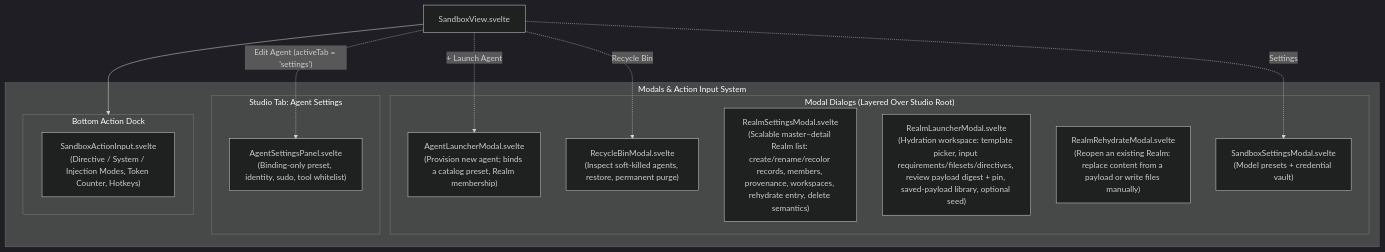
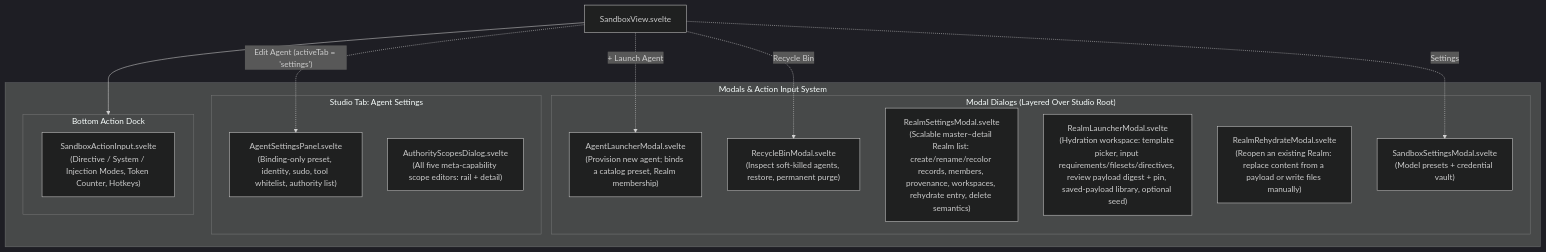
Before and after one commit to crestfallnafterdark/nightcurtain: the first of 4 diagrams in docs/ui/modals_and_dialogs.md, drawn with Mermaid (dark theme). The commit also changed other lines of this file, not shown here.

Commit message:
docs(ui): rewrite the authority editor section for the compact list + Authority scopes dialog

````diff
--- a/docs/ui/modals_and_dialogs.md
+++ b/docs/ui/modals_and_dialogs.md
@@ -15,27 +15,28 @@
 ```mermaid
 flowchart TD
     subgraph ModalsAndInputs ["Modals & Action Input System"]
         subgraph ModalsArea ["Modal Dialogs (Layered Over Studio Root)"]
             Launcher["AgentLauncherModal.svelte\n(Provision new agent; binds a catalog preset, Realm membership)"]
             Recycle["RecycleBinModal.svelte\n(Inspect soft-killed agents, restore, permanent purge)"]
             Realm["RealmSettingsModal.svelte\n(Scalable master–detail Realm list: create/rename/recolor records, members, provenance, workspaces, rehydrate entry, delete semantics)"]
             RealmLaunch["RealmLauncherModal.svelte\n(Hydration workspace: template picker, input requirements/filesets/directives, review payload digest + pin, saved-payload library, optional seed)"]
             RealmRehydrate["RealmRehydrateModal.svelte\n(Reopen an existing Realm: replace content from a payload or write files manually)"]
             Settings["SandboxSettingsModal.svelte\n(Model presets + credential vault)"]
         end
 
         subgraph TabArea ["Studio Tab: Agent Settings"]
-            SettingsPanel["AgentSettingsPanel.svelte\n(Binding-only preset, identity, sudo, tool whitelist)"]
+            SettingsPanel["AgentSettingsPanel.svelte\n(Binding-only preset, identity, sudo, tool whitelist, authority list)"]
+            Scopes["AuthorityScopesDialog.svelte\n(All five meta-capability scope editors: rail + detail)"]
         end
 
         subgraph DockArea ["Bottom Action Dock"]
             ActionInput["SandboxActionInput.svelte\n(Directive / System / Injection Modes, Token Counter, Hotkeys)"]
         end
     end
 
     StudioRoot["SandboxView.svelte"] -.->|"+ Launch Agent"| Launcher
     StudioRoot -.->|"Edit Agent (activeTab = 'settings')"| SettingsPanel
     StudioRoot -.->|"Recycle Bin"| Recycle
     StudioRoot -.->|"Settings"| Settings
     StudioRoot --> DockArea
 ```
````
